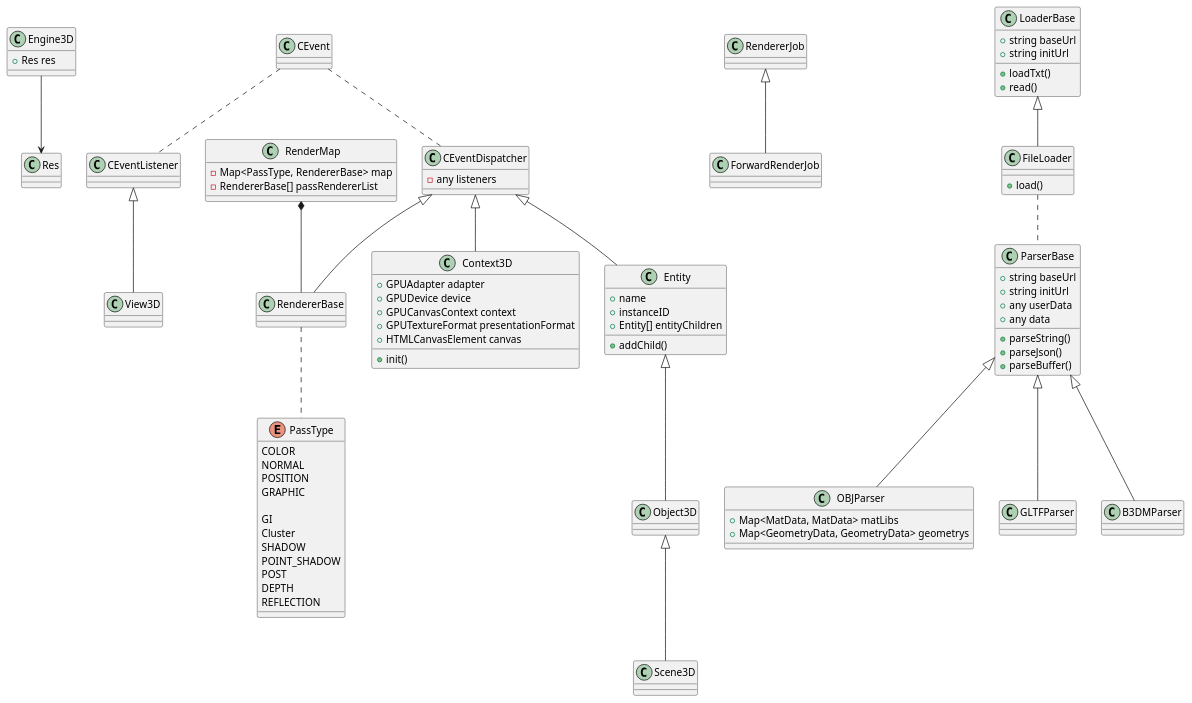
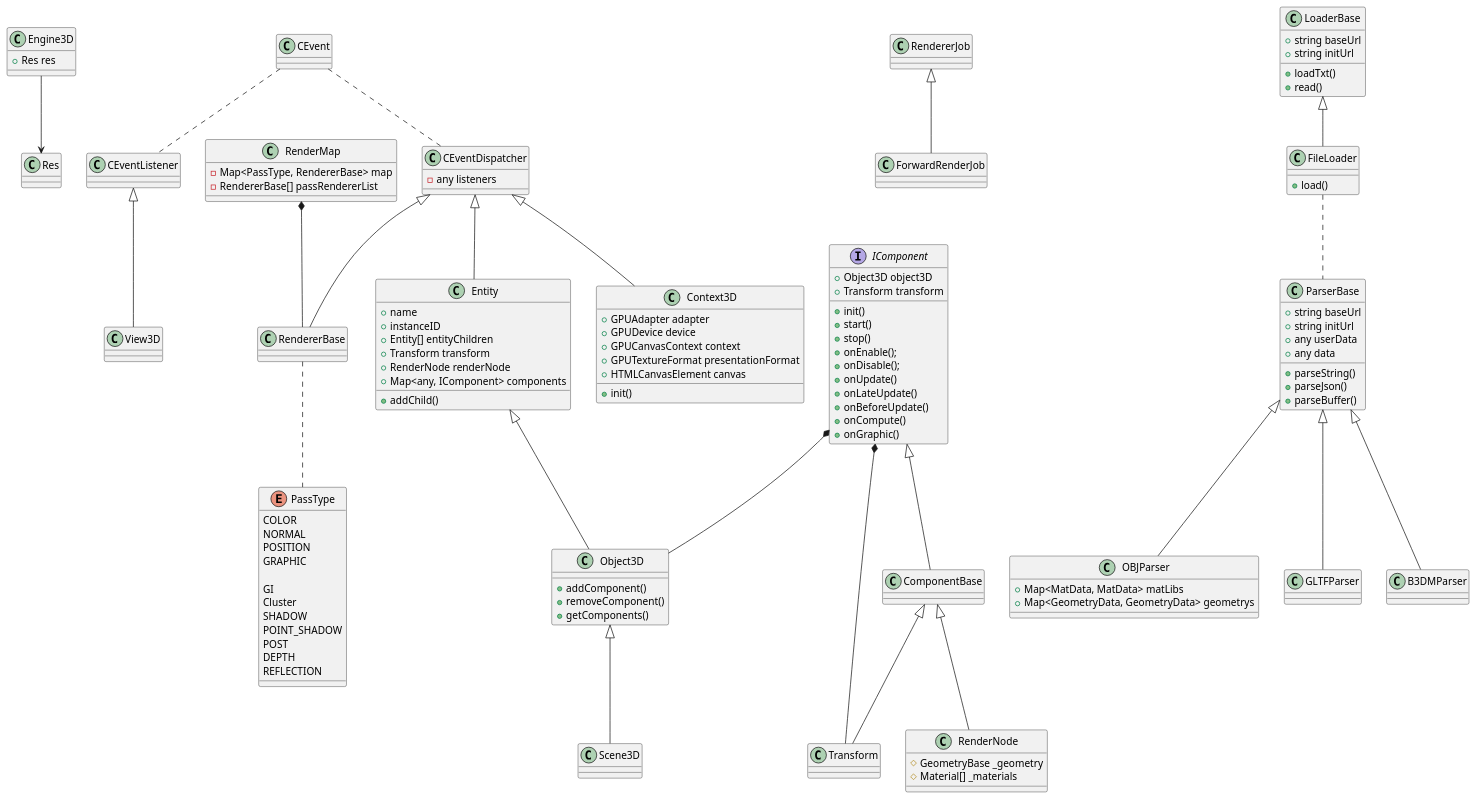
The diagram in orillusion-debug/docs/class-diagram.puml (zzingobomi/study-webgpu), drawn with PlantUML before and after one commit. The commit also changed 3 other files, not shown here.

```diff
--- a/orillusion-debug/docs/class-diagram.puml
+++ b/orillusion-debug/docs/class-diagram.puml
@@ -1,125 +1,169 @@
 @startuml
 
 class Engine3D {
   +Res res
 }
 
 ' asset
 class Res
 
 ' Event
 class CEvent
 class CEventDispatcher {
   -any listeners
 }
 class CEventListener
 
 ' gfx/graphics/webGpu
 class Context3D {
   +GPUAdapter adapter
   +GPUDevice device
   +GPUCanvasContext context
   +GPUTextureFormat presentationFormat
   +HTMLCanvasElement canvas
 
   +init()
 }
 
 ' gfx/renderJob/jobs
 class RendererJob
 class ForwardRenderJob
 class RenderMap {
   -Map<PassType, RendererBase> map
   -RendererBase[] passRendererList
 }
 
 ' gfx/renderJob/passRenderer
 class RendererBase
 
 ' gfx/renderJob/passRenderer/state
 enum PassType {
   COLOR
   NORMAL
   POSITION
   GRAPHIC
 
   GI
   Cluster
   SHADOW
   POINT_SHADOW
   POST
   DEPTH
   REFLECTION
 }
 
+'components
+interface IComponent {
+  +Object3D object3D
+  +Transform transform
+
+  +init()
+  +start()
+  +stop()
+  +onEnable();
+  +onDisable();
+  +onUpdate()
+  +onLateUpdate()
+  +onBeforeUpdate()
+  +onCompute()
+  +onGraphic()
+}
+
+class ComponentBase {
+}
+
+class Transform {
+
+}
+
+'components/renderer
+class RenderNode {
+  #GeometryBase _geometry
+  #Material[] _materials
+}
+
 ' core
 class Scene3D
 class View3D
 
 ' core/entities
 class Entity {
   +name
   +instanceID
   +Entity[] entityChildren
+  +Transform transform
+  +RenderNode renderNode
+  +Map<any, IComponent> components
 
   +addChild()
 }
-class Object3D
+class Object3D {
+  +addComponent()
+  +removeComponent()
+  +getComponents()
+}
+
 
 
 ' loader
 class LoaderBase {
   +string baseUrl
   +string initUrl
 
   +loadTxt()
   +read()
 }
 class FileLoader {
   +load()
 }
 
 ' loader/parser
 class ParserBase {
   +string baseUrl
   +string initUrl
   +any userData
   +any data
 
   +parseString()
   +parseJson()
   +parseBuffer()
 }
 class OBJParser {
   +Map<MatData, MatData> matLibs
   +Map<GeometryData, GeometryData> geometrys
 }
 class GLTFParser
 class B3DMParser
 
 
 ' relations
 Engine3D --> Res
 
 CEvent .. CEventDispatcher
 CEvent .. CEventListener
 
 CEventDispatcher <|-- Context3D
 RendererJob <|-- ForwardRenderJob
 
 CEventDispatcher <|-- RendererBase
 RendererBase .. PassType
 RenderMap *-- RendererBase
 
+IComponent *-- Object3D
+IComponent *-- Transform
+IComponent <|-- ComponentBase
+ComponentBase <|-- Transform
+ComponentBase <|-- RenderNode
+
 CEventDispatcher <|-- Entity
 Entity <|-- Object3D
 Object3D <|-- Scene3D
 CEventListener <|-- View3D
 
 ParserBase <|-- OBJParser
 ParserBase <|-- GLTFParser
 ParserBase <|-- B3DMParser
 LoaderBase <|-- FileLoader
 FileLoader .. ParserBase
 
 @enduml
```
